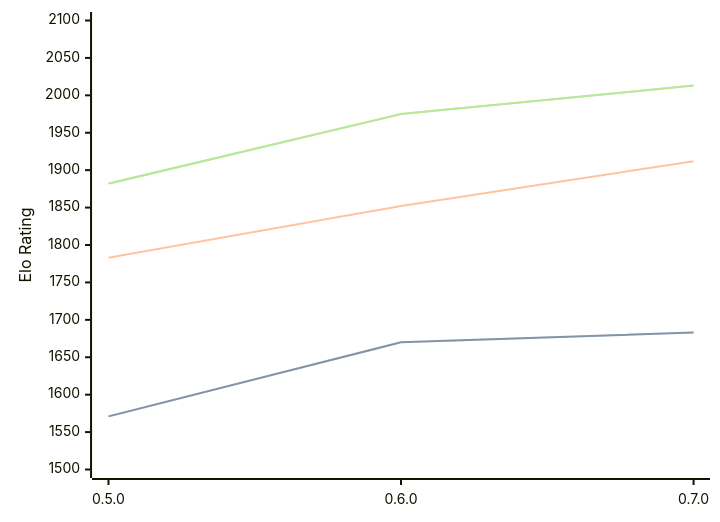
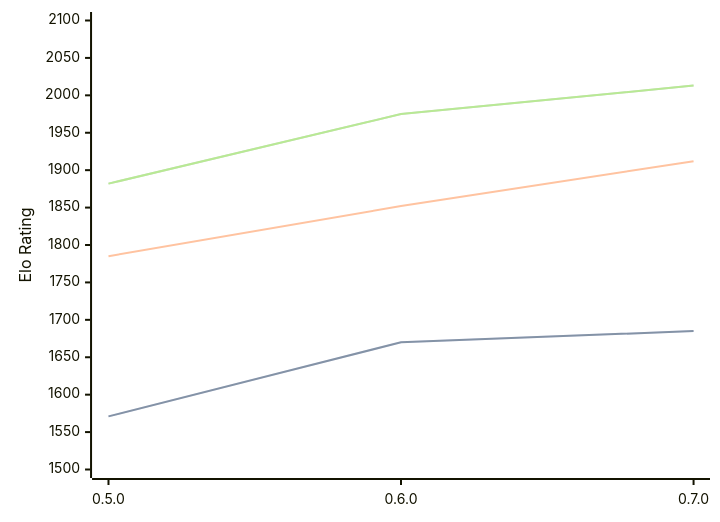
Before and after one commit to computer-chess-index/cci: the third of 3 diagrams in engines/Chess-rs.md, drawn with Mermaid. The commit also changed other lines of this file, not shown here.

````diff
--- a/engines/Chess-rs.md
+++ b/engines/Chess-rs.md
@@ -74,11 +74,11 @@
 ```mermaid
 %%{init: {"theme":"base","themeVariables":{"seriesColors:['#a3a3a3','#222221','#faa371']}}}%%
 xychart-beta
   x-axis ["0.5.0", "0.6.0", "0.7.0"]
   y-axis "Elo Rating" 1500 --> 2100
-  line "STC (8.0+0.08s)" [1571, 1670, 1683]
-  line "STC (8.0+0.08s)" [1571, 1670, 1683]
-  line "LTC (60.0+0.60s)" [1783, 1852, 1912]
+  line "STC (8.0+0.08s)" [1571, 1670, 1685]
+  line "STC (8.0+0.08s)" [1571, 1670, 1685]
+  line "LTC (60.0+0.60s)" [1785, 1852, 1912]
   line "VLTC (2m24s+1.12s)" [1882, 1975, 2013]
   line "VLTC (2m24s+1.12s)" [1882, 1975, 2013]
 ```
````
